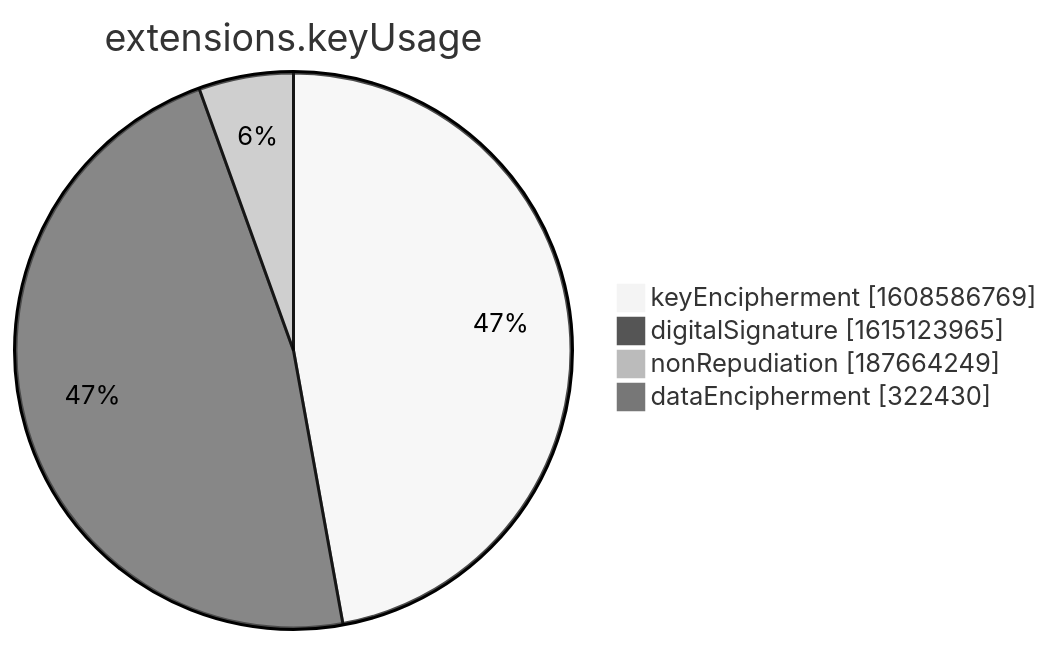
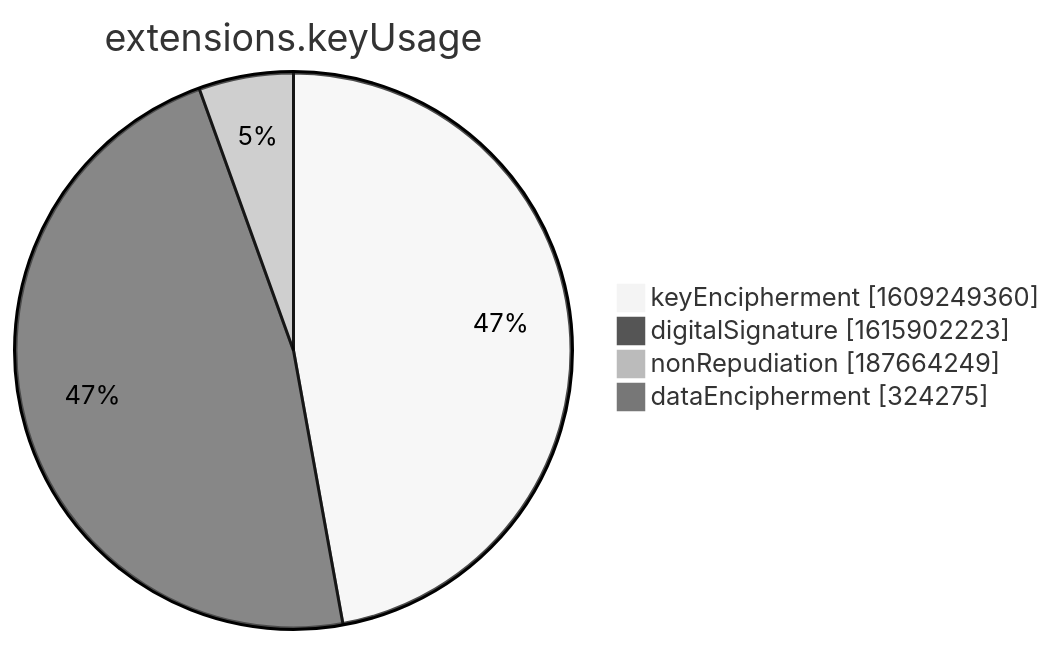
One commit to christiankrug/ctmonitor_visualization changed the seventh of 15 diagrams in xenon2022/README.md. Above: the diagram before and after it, drawn with Mermaid (neutral theme). The commit also changed other lines of this file, not shown here.

````diff
--- a/xenon2022/README.md
+++ b/xenon2022/README.md
@@ -2855,8 +2855,8 @@
 ```mermaid
 pie showData
 title extensions.keyUsage
-"keyEncipherment" :1608586769
-"digitalSignature" :1615123965
+"keyEncipherment" :1609249360
+"digitalSignature" :1615902223
 "nonRepudiation" :187664249
-"dataEncipherment" :322430
+"dataEncipherment" :324275
 ```
````
